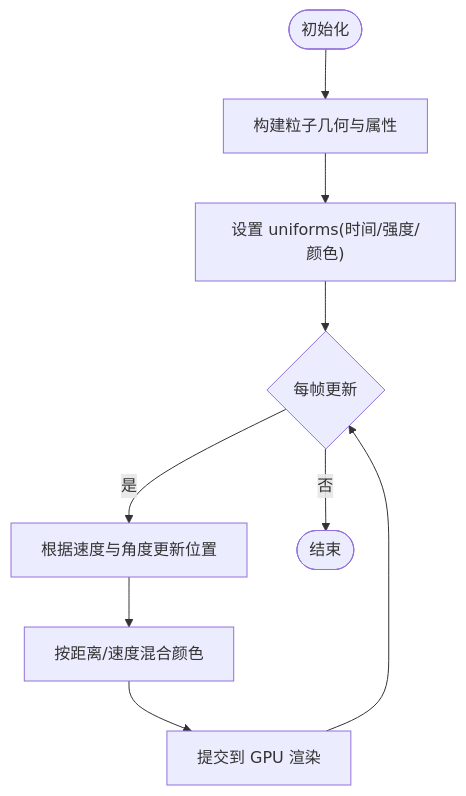
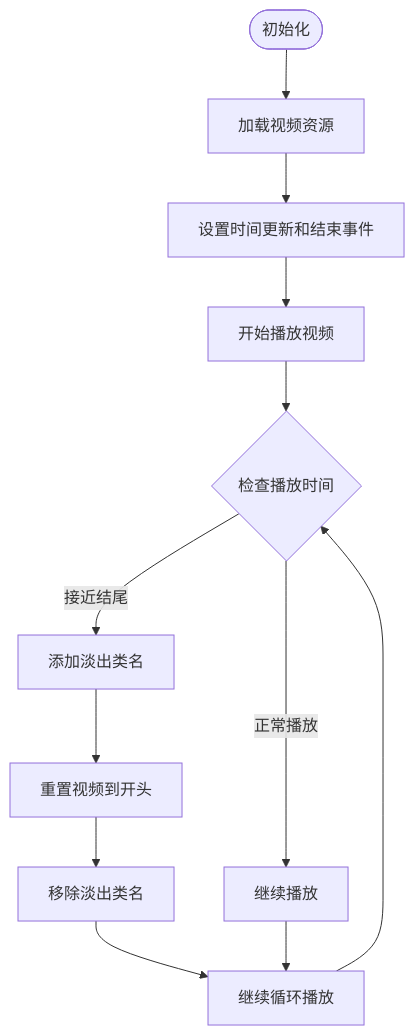
Before and after one commit to lithos666/lithos666.github.io: the third of 4 diagrams in .qoder/repowiki/zh/content/3D渲染系统/3D渲染系统.md, drawn with Mermaid. The commit also changed other lines of this file and 51 other files, not shown here.

````diff
--- a/.qoder/repowiki/zh/content/3D渲染系统/3D渲染系统.md
+++ b/.qoder/repowiki/zh/content/3D渲染系统/3D渲染系统.md
@@ -146,11 +135,14 @@
 ```mermaid
 flowchart TD
-Start(["初始化"]) --> BuildGeo["构建粒子几何与属性"]
-BuildGeo --> SetUniforms["设置 uniforms(时间/强度/颜色)"]
-SetUniforms --> Loop{"每帧更新"}
-Loop --> |是| UpdatePos["根据速度与角度更新位置"]
-UpdatePos --> UpdateColor["按距离/速度混合颜色"]
-UpdateColor --> Render["提交到 GPU 渲染"]
-Render --> Loop
-Loop --> |否| End(["结束"])
+Start(["初始化"]) --> LoadVideo["加载视频资源"]
+LoadVideo --> SetupEvents["设置时间更新和结束事件"]
+SetupEvents --> PlayVideo["开始播放视频"]
+PlayVideo --> CheckTime{"检查播放时间"}
+CheckTime --> |接近结尾| FadeOut["添加淡出类名"]
+FadeOut --> ResetVideo["重置视频到开头"]
+ResetVideo --> FadeIn["移除淡出类名"]
+FadeIn --> Loop["继续循环播放"]
+Loop --> CheckTime
+CheckTime --> |正常播放| Continue["继续播放"]
+Continue --> Loop
 ```
````
